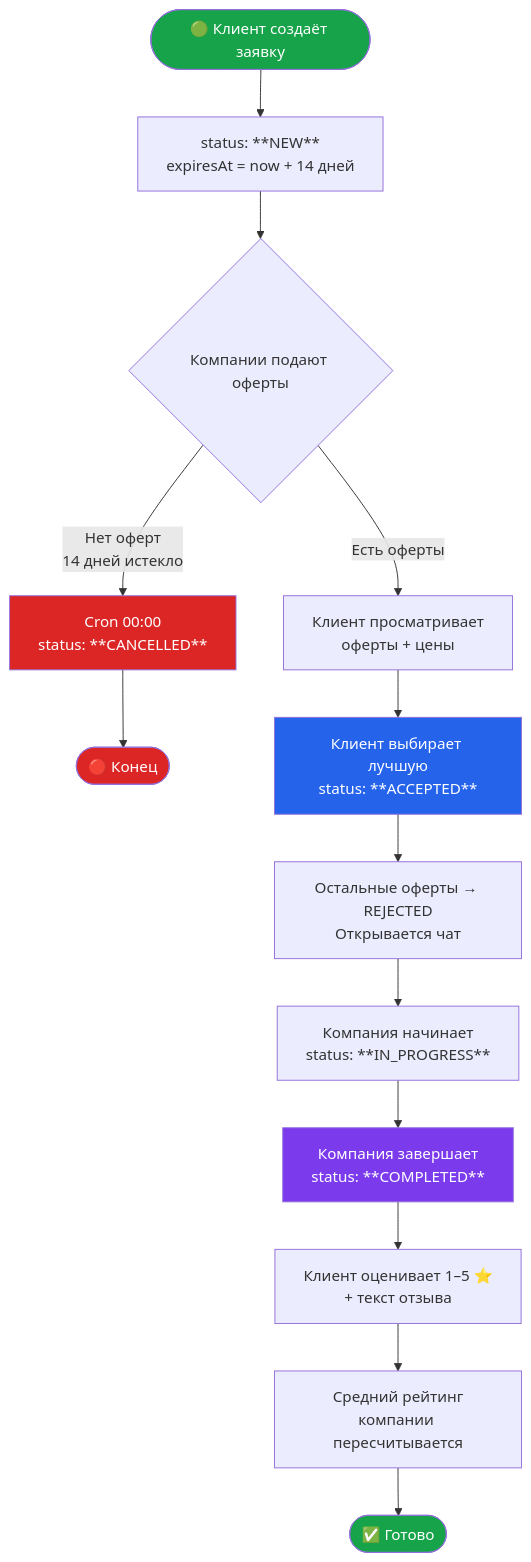
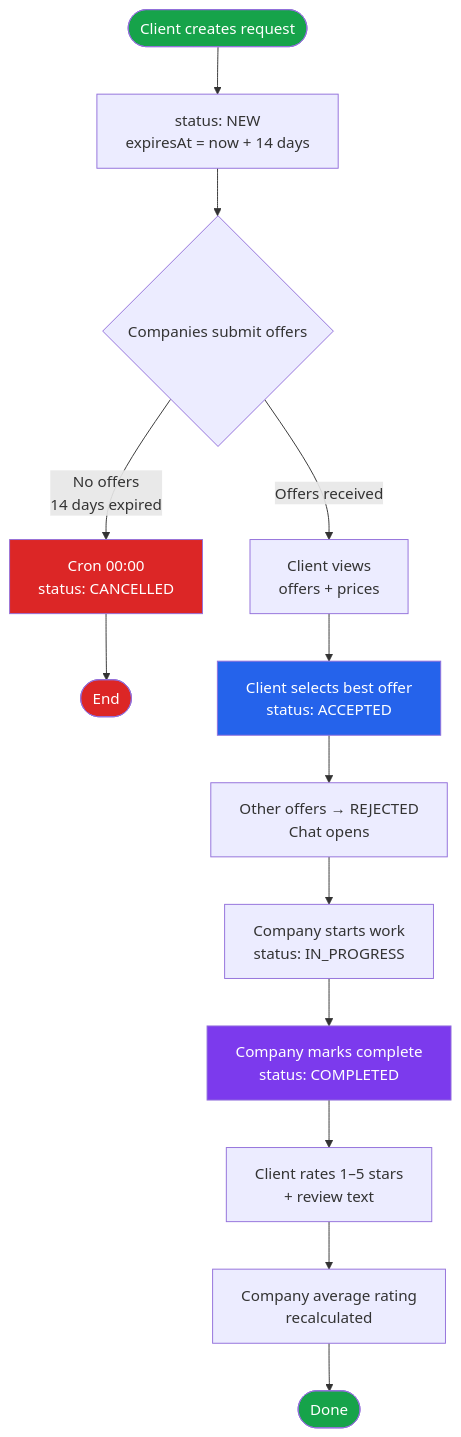
Before and after one commit to Asanali2077/remont_kz: the seventh of 10 diagrams in diploma.md, drawn with Mermaid. The commit also changed other lines of this file and 2 other files, not shown here.

````diff
--- a/diploma.md
+++ b/diploma.md
@@ -1537,24 +1626,24 @@
 ```mermaid
 flowchart TD
-    A([🟢 Клиент создаёт заявку]) --> B["status: **NEW**\nexpiresAt = now + 14 дней"]
-    B --> C{Компании подают оферты}
+    A([Client creates request]) --> B["status: NEW\nexpiresAt = now + 14 days"]
+    B --> C{Companies submit offers}
 
-    C -->|"Нет оферт\n14 дней истекло"| EXP["Cron 00:00\nstatus: **CANCELLED**"]
-    EXP --> Z([🔴 Конец])
+    C -->|"No offers\n14 days expired"| EXP["Cron 00:00\nstatus: CANCELLED"]
+    EXP --> Z([End])
 
-    C -->|"Есть оферты"| D["Клиент просматривает\nоферты + цены"]
-    D --> E["Клиент выбирает лучшую\nstatus: **ACCEPTED**"]
-    E --> F["Остальные оферты → REJECTED\nОткрывается чат"]
-    F --> G["Компания начинает\nstatus: **IN_PROGRESS**"]
-    G --> H["Компания завершает\nstatus: **COMPLETED**"]
-    H --> I["Клиент оценивает 1–5 ⭐\n+ текст отзыва"]
-    I --> J["Средний рейтинг\nкомпании пересчитывается"]
-    J --> K([✅ Готово])
+    C -->|"Offers received"| D["Client views\noffers + prices"]
+    D --> E["Client selects best offer\nstatus: ACCEPTED"]
+    E --> F["Other offers → REJECTED\nChat opens"]
+    F --> G["Company starts work\nstatus: IN_PROGRESS"]
+    G --> H["Company marks complete\nstatus: COMPLETED"]
+    H --> I["Client rates 1–5 stars\n+ review text"]
+    I --> J["Company average rating\nrecalculated"]
+    J --> K([Done])
 
     style A fill:#16a34a,color:#fff
     style EXP fill:#dc2626,color:#fff
     style Z fill:#dc2626,color:#fff
     style K fill:#16a34a,color:#fff
     style E fill:#2563eb,color:#fff
     style H fill:#7c3aed,color:#fff
 ```
````
